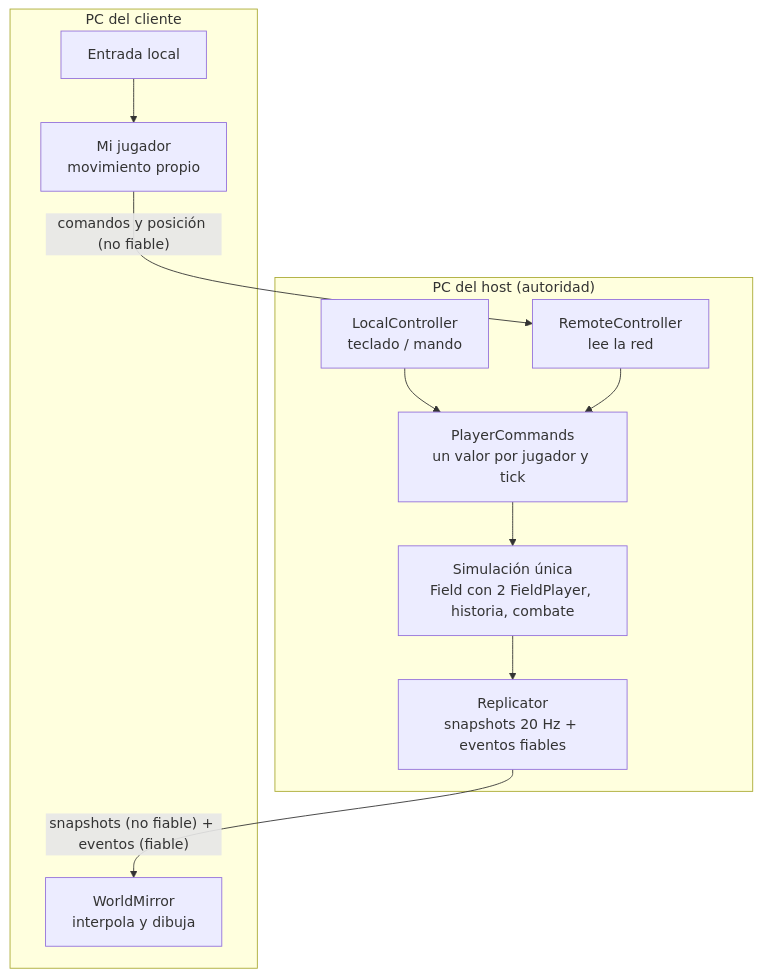
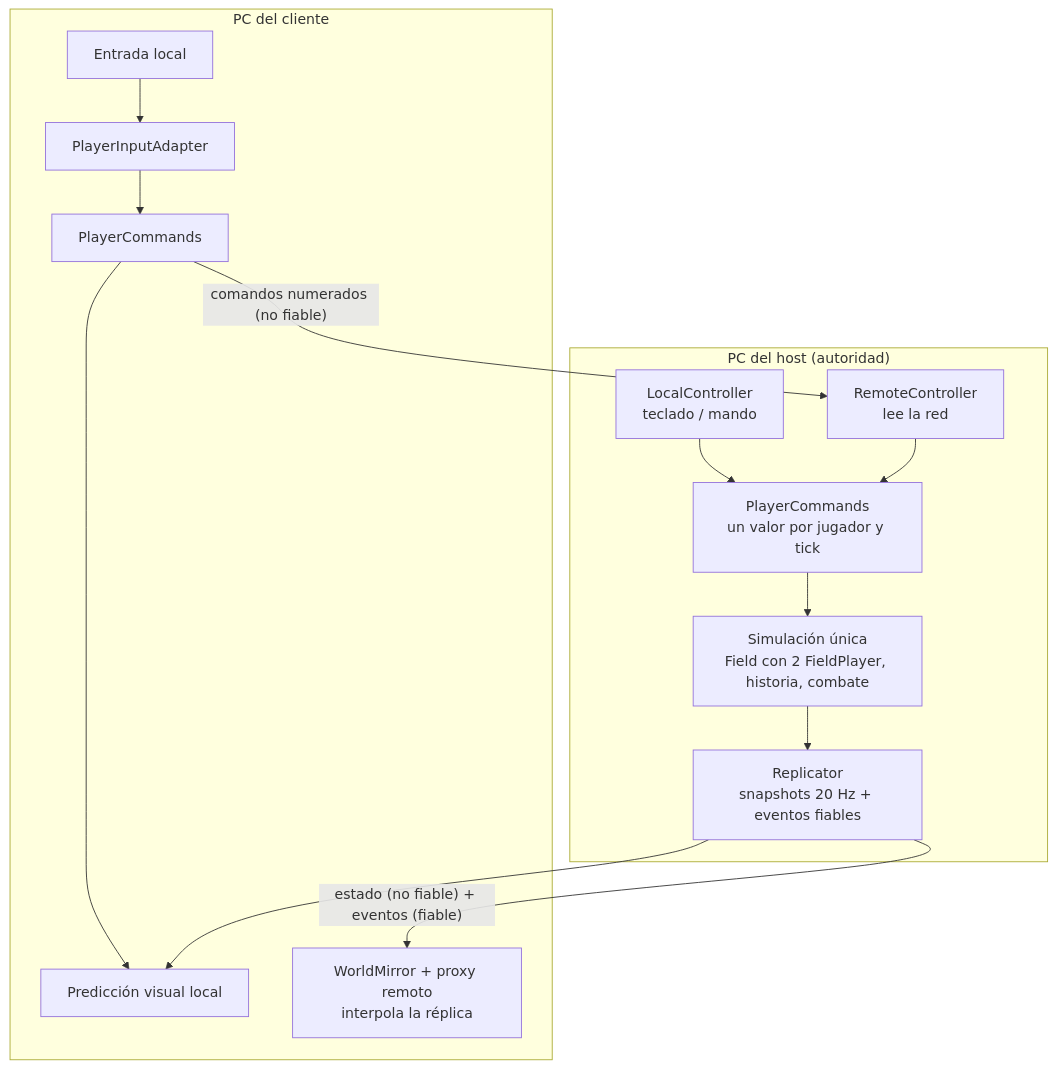
Before and after one commit to Indie-Modding-Games/dw-engine: the first of 2 diagrams in docs/es/architecture/multiplayer.md, drawn with Mermaid. The commit also changed other lines of this file and 68 other files, not shown here.

````diff
--- a/docs/es/architecture/multiplayer.md
+++ b/docs/es/architecture/multiplayer.md
@@ -33,15 +53,17 @@
 ```mermaid
 flowchart TB
   subgraph Host["PC del host (autoridad)"]
     LC["LocalController<br/>teclado / mando"] --> PC["PlayerCommands<br/>un valor por jugador y tick"]
     RC["RemoteController<br/>lee la red"] --> PC
     PC --> SIM["Simulación única<br/>Field con 2 FieldPlayer, historia, combate"]
     SIM --> REP["Replicator<br/>snapshots 20 Hz + eventos fiables"]
   end
   subgraph Cliente["PC del cliente"]
-    IN["Entrada local"] --> ME["Mi jugador<br/>movimiento propio"]
-    MIR["WorldMirror<br/>interpola y dibuja"]
+    IN["Entrada local"] --> AD["PlayerInputAdapter"] --> CC["PlayerCommands"]
+    CC --> PRED["Predicción visual local"]
+    MIR["WorldMirror + proxy remoto<br/>interpola la réplica"]
   end
-  ME -- "comandos y posición (no fiable)" --> RC
-  REP -- "snapshots (no fiable) + eventos (fiable)" --> MIR
+  CC -- "comandos numerados (no fiable)" --> RC
+  REP -- "estado (no fiable) + eventos (fiable)" --> MIR
+  REP --> PRED
 ```
````
